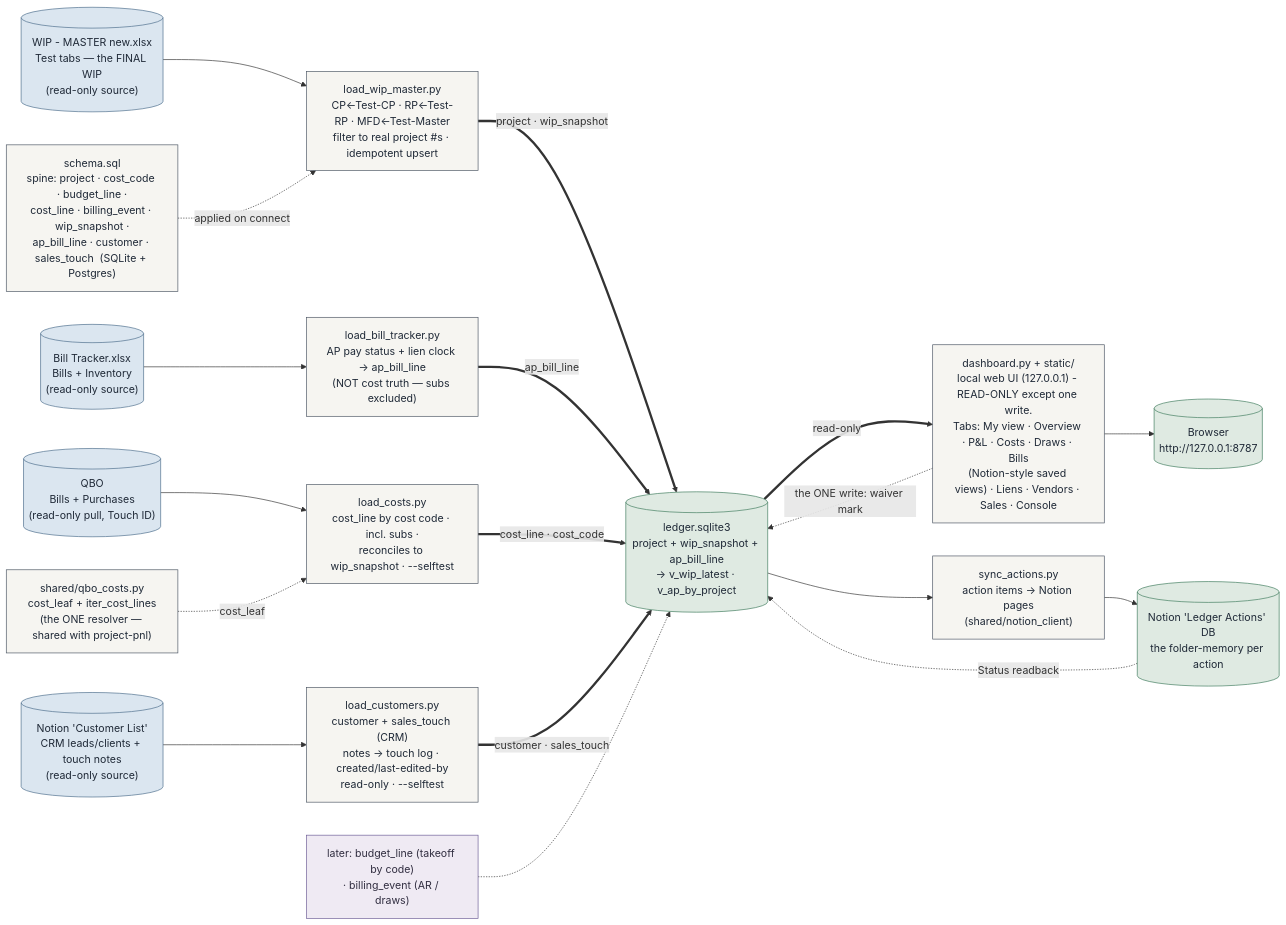
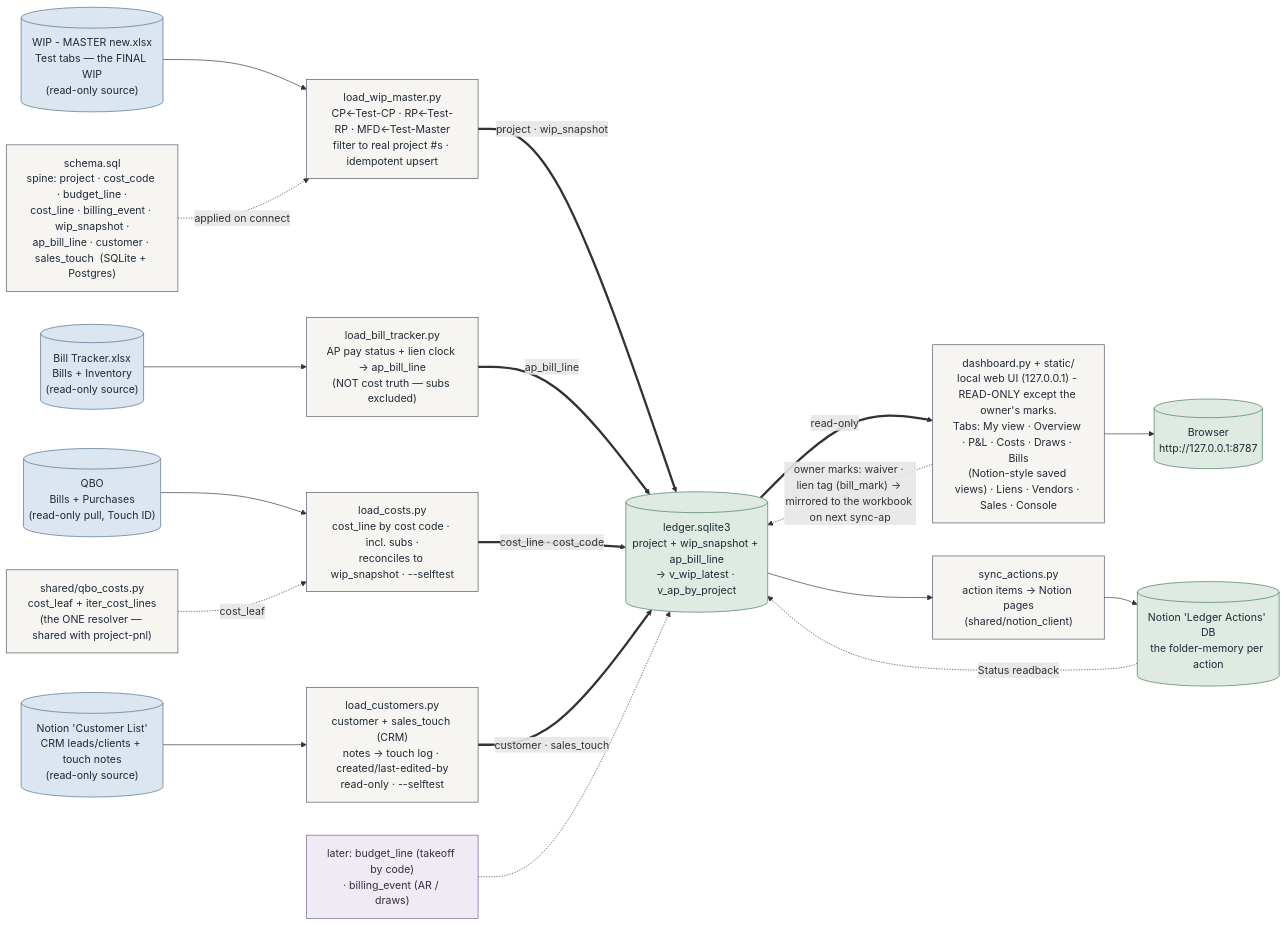
One commit to Ecarlo-Proficient/Claude-Report changed the fourth of 6 diagrams in docs/ARCHITECTURE.md. Above: the diagram before and after it, drawn with Mermaid. The commit also changed 6 other files, not shown here.

First line of the commit message:
ledger/bills: mark lien status on the site (overlay now; workbook mirror pending)

````diff
--- a/docs/ARCHITECTURE.md
+++ b/docs/ARCHITECTURE.md
@@ -314,39 +314,39 @@
 ```mermaid
 flowchart LR
     classDef src fill:#dbe6f0,stroke:#4A6B8A,color:#1f2937
     classDef tool fill:#f6f5f1,stroke:#4b5563,color:#1f2937
     classDef out fill:#dfeae2,stroke:#3E7A5C,color:#1f2937
     classDef future fill:#efeaf3,stroke:#6b5b95,color:#312e40
 
     TEST[("WIP - MASTER new.xlsx\nTest tabs — the FINAL WIP\n(read-only source)")]:::src
     BT[("Bill Tracker.xlsx\nBills + Inventory\n(read-only source)")]:::src
     SCHEMA["schema.sql\nspine: project · cost_code · budget_line ·\ncost_line · billing_event · wip_snapshot ·\nap_bill_line · customer · sales_touch  (SQLite + Postgres)"]:::tool
     LOADER["load_wip_master.py\nCP←Test-CP · RP←Test-RP · MFD←Test-Master\nfilter to real project #s · idempotent upsert"]:::tool
     APLOAD["load_bill_tracker.py\nAP pay status + lien clock → ap_bill_line\n(NOT cost truth — subs excluded)"]:::tool
     DB[("ledger.sqlite3\nproject + wip_snapshot + ap_bill_line\n→ v_wip_latest · v_ap_by_project")]:::out
-    DASH["dashboard.py + static/\nlocal web UI (127.0.0.1) - READ-ONLY except one write.\nTabs: My view · Overview · P&L · Costs · Draws · Bills\n(Notion-style saved views) · Liens · Vendors · Sales · Console"]:::tool
+    DASH["dashboard.py + static/\nlocal web UI (127.0.0.1) - READ-ONLY except the owner's marks.\nTabs: My view · Overview · P&L · Costs · Draws · Bills\n(Notion-style saved views) · Liens · Vendors · Sales · Console"]:::tool
     BROWSER[("Browser\nhttp://127.0.0.1:8787")]:::out
     QBO[("QBO\nBills + Purchases\n(read-only pull, Touch ID)")]:::src
     QCOSTS["shared/qbo_costs.py\ncost_leaf + iter_cost_lines\n(the ONE resolver — shared with project-pnl)"]:::tool
     COSTLOAD["load_costs.py\ncost_line by cost code · incl. subs ·\nreconciles to wip_snapshot · --selftest"]:::tool
     FUTURE["later: budget_line (takeoff by code)\n· billing_event (AR / draws)"]:::future
 
     TEST --> LOADER
     BT --> APLOAD
     QBO --> COSTLOAD
     QCOSTS -.->|"cost_leaf"| COSTLOAD
     SCHEMA -.->|"applied on connect"| LOADER
     LOADER ==>|"project · wip_snapshot"| DB
     APLOAD ==>|"ap_bill_line"| DB
     COSTLOAD ==>|"cost_line · cost_code"| DB
     DB ==>|"read-only"| DASH --> BROWSER
-    DASH -.->|"the ONE write: waiver mark"| DB
+    DASH -.->|"owner marks: waiver · lien tag (bill_mark) → mirrored to the workbook on next sync-ap"| DB
     SYNCACT["sync_actions.py\naction items → Notion pages\n(shared/notion_client)"]:::tool
     NOTION[("Notion 'Ledger Actions' DB\nthe folder-memory per action")]:::out
     DB --> SYNCACT --> NOTION
     NOTION -.->|"Status readback"| DB
     NCL[("Notion 'Customer List'\nCRM leads/clients + touch notes\n(read-only source)")]:::src
     CUSTLOAD["load_customers.py\ncustomer + sales_touch (CRM)\nnotes → touch log · created/last-edited-by\nread-only · --selftest"]:::tool
     NCL --> CUSTLOAD ==>|"customer · sales_touch"| DB
     FUTURE -.-> DB
 ```
````
